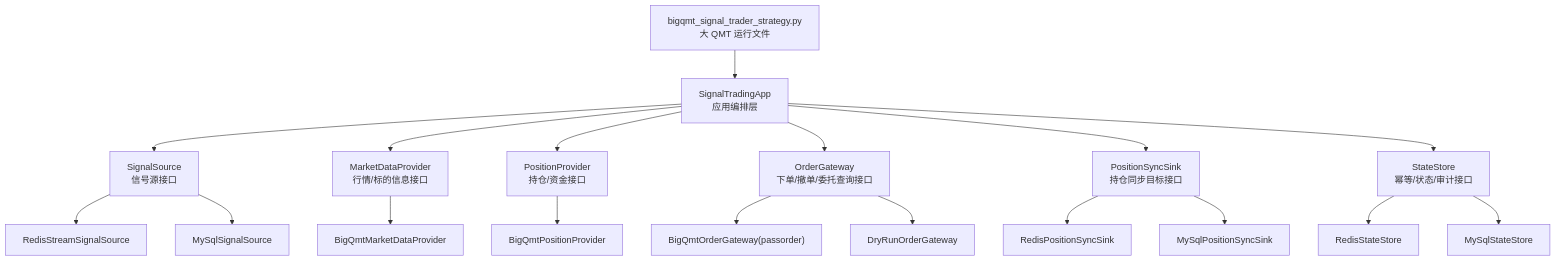
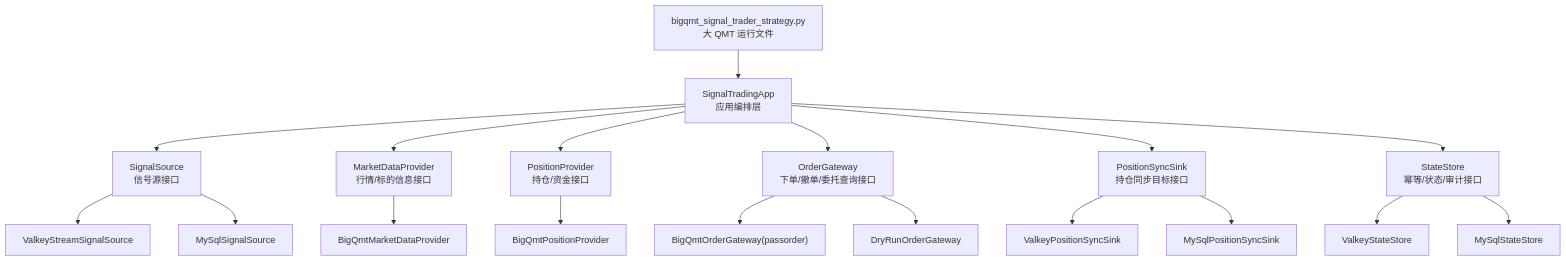
The second of 3 diagrams in docs/BIGQMT_SIGNAL_TRADER_PLAN.md (evilpapa/xtquant-big-convert), drawn with Mermaid before and after one commit. The commit also changed other lines of this file and 210 other files, not shown here.

````diff
--- a/docs/BIGQMT_SIGNAL_TRADER_PLAN.md
+++ b/docs/BIGQMT_SIGNAL_TRADER_PLAN.md
@@ -85,20 +85,20 @@
 ```mermaid
 flowchart TB
     R["bigqmt_signal_trader_strategy.py\n大 QMT 运行文件"] --> A["SignalTradingApp\n应用编排层"]
     A --> S["SignalSource\n信号源接口"]
     A --> M["MarketDataProvider\n行情/标的信息接口"]
     A --> P["PositionProvider\n持仓/资金接口"]
     A --> O["OrderGateway\n下单/撤单/委托查询接口"]
     A --> Y["PositionSyncSink\n持仓同步目标接口"]
     A --> T["StateStore\n幂等/状态/审计接口"]
-    S --> S1["RedisStreamSignalSource"]
+    S --> S1["ValkeyStreamSignalSource"]
     S --> S2["MySqlSignalSource"]
     M --> M1["BigQmtMarketDataProvider"]
     P --> P1["BigQmtPositionProvider"]
     O --> O1["BigQmtOrderGateway(passorder)"]
     O --> O2["DryRunOrderGateway"]
-    Y --> Y1["RedisPositionSyncSink"]
+    Y --> Y1["ValkeyPositionSyncSink"]
     Y --> Y2["MySqlPositionSyncSink"]
-    T --> T1["RedisStateStore"]
+    T --> T1["ValkeyStateStore"]
     T --> T2["MySqlStateStore"]
 ```
````
